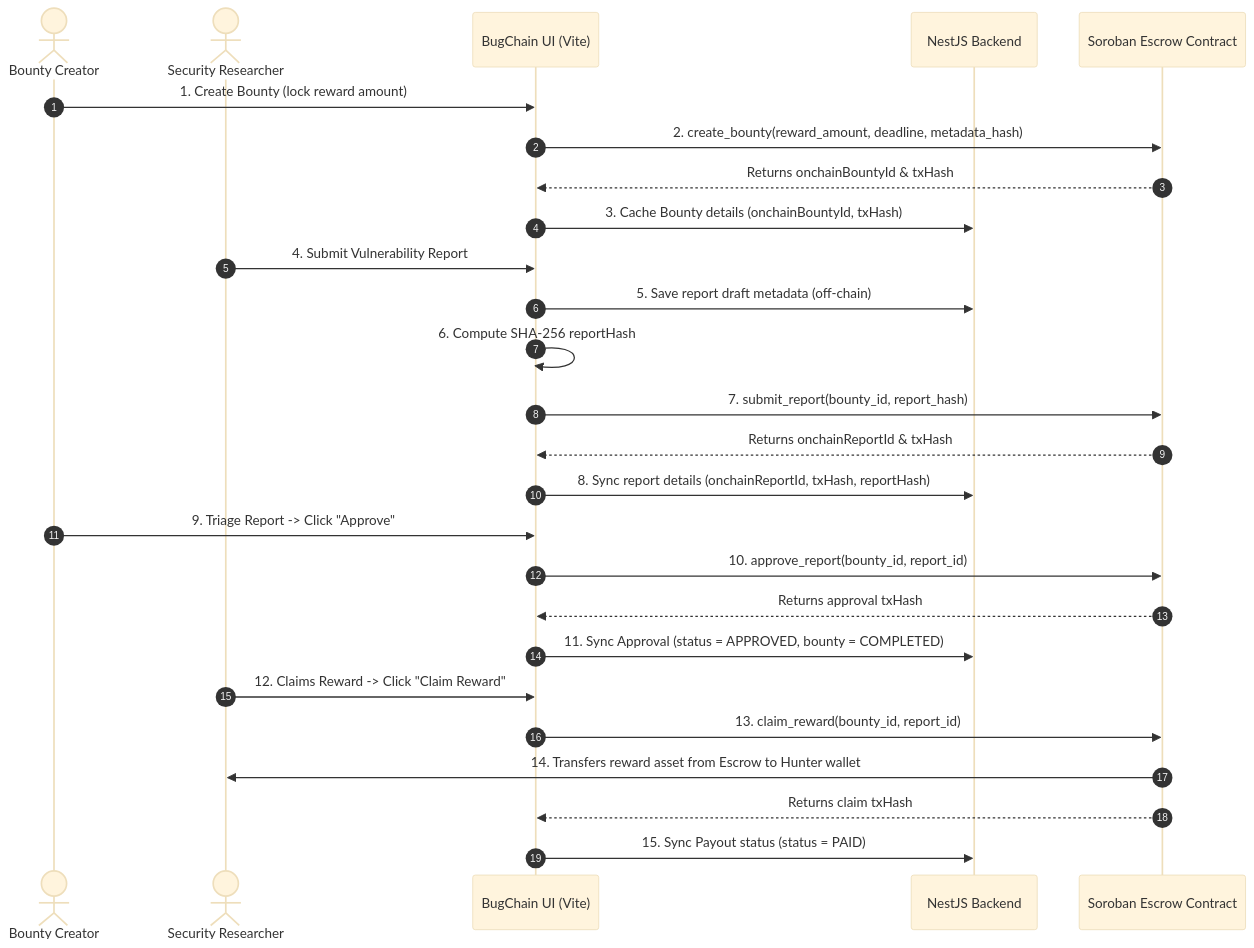
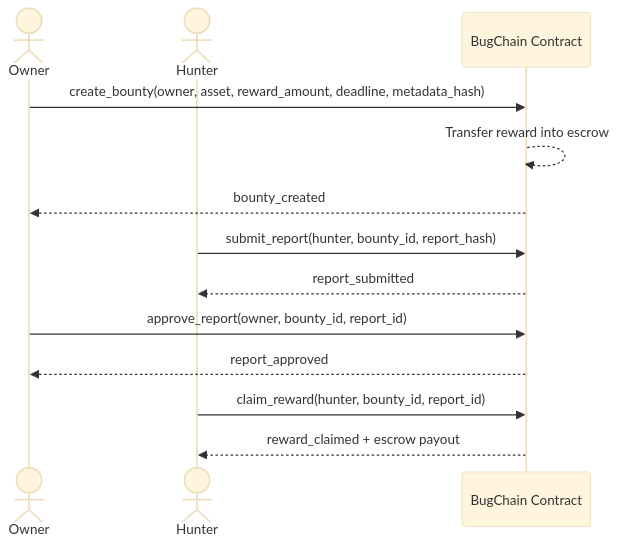
Before and after one commit to TheAnh1404/BugChain: the third of 7 diagrams in README.md, drawn with Mermaid (base theme). The commit also changed other lines of this file and 2 other files, not shown here.

````diff
--- a/README.md
+++ b/README.md
@@ -53,32 +83,16 @@
 ```mermaid
 sequenceDiagram
-    autonumber
-    actor Creator as Bounty Creator
-    actor Hunter as Security Researcher
-    participant App as BugChain UI (Vite)
-    participant API as NestJS Backend
-    participant Contract as Soroban Escrow Contract
+    actor Owner
+    actor Hunter
+    participant Contract as BugChain Contract
 
-    Creator->>App: 1. Create Bounty (lock reward amount)
-    App->>Contract: 2. create_bounty(reward_amount, deadline, metadata_hash)
-    Contract-->>App: Returns onchainBountyId & txHash
-    App->>API: 3. Cache Bounty details (onchainBountyId, txHash)
-    
-    Hunter->>App: 4. Submit Vulnerability Report
-    App->>API: 5. Save report draft metadata (off-chain)
-    App->>App: 6. Compute SHA-256 reportHash
-    App->>Contract: 7. submit_report(bounty_id, report_hash)
-    Contract-->>App: Returns onchainReportId & txHash
-    App->>API: 8. Sync report details (onchainReportId, txHash, reportHash)
-    
-    Creator->>App: 9. Triage Report -> Click "Approve"
-    App->>Contract: 10. approve_report(bounty_id, report_id)
-    Contract-->>App: Returns approval txHash
-    App->>API: 11. Sync Approval (status = APPROVED, bounty = COMPLETED)
-    
-    Hunter->>App: 12. Claims Reward -> Click "Claim Reward"
-    App->>Contract: 13. claim_reward(bounty_id, report_id)
-    Contract->>Hunter: 14. Transfers reward asset from Escrow to Hunter wallet
-    Contract-->>App: Returns claim txHash
-    App->>API: 15. Sync Payout status (status = PAID)
+    Owner->>Contract: create_bounty(owner, asset, reward_amount, deadline, metadata_hash)
+    Contract-->>Contract: Transfer reward into escrow
+    Contract-->>Owner: bounty_created
+    Hunter->>Contract: submit_report(hunter, bounty_id, report_hash)
+    Contract-->>Hunter: report_submitted
+    Owner->>Contract: approve_report(owner, bounty_id, report_id)
+    Contract-->>Owner: report_approved
+    Hunter->>Contract: claim_reward(hunter, bounty_id, report_id)
+    Contract-->>Hunter: reward_claimed + escrow payout
 ```
````
